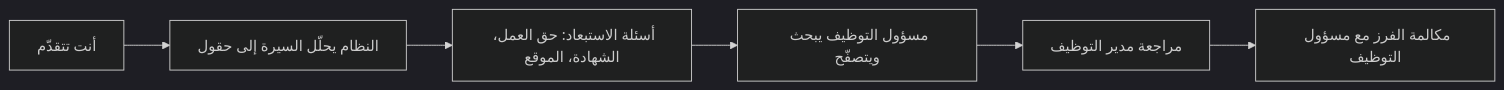
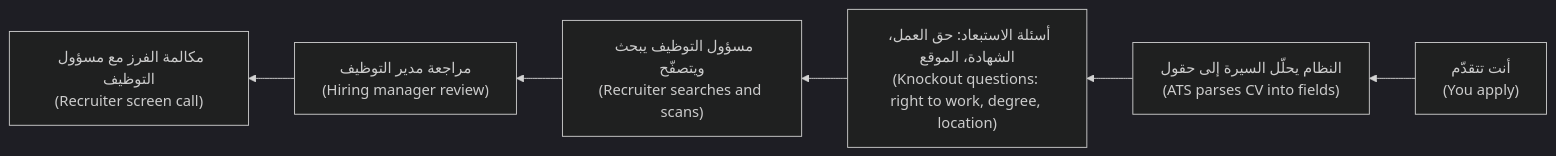
Before and after one commit to Tamoura/system-design-for-vibe-coders: the first of 3 diagrams in career/modules/04-getting-seen.ar.md, drawn with Mermaid (dark theme). The commit also changed other lines of this file and 20 other files, not shown here.

First line of the commit message:
New courses: Arabic diagrams read right-to-left with English labels (modules 0–6)

````diff
--- a/career/modules/04-getting-seen.ar.md
+++ b/career/modules/04-getting-seen.ar.md
@@ -31,8 +31,8 @@
 ```mermaid
-flowchart LR
-  A["أنت تتقدّم"] --> B["النظام يحلّل السيرة إلى حقول"]
-  B --> C["أسئلة الاستبعاد: حق العمل، الشهادة، الموقع"]
-  C --> D["مسؤول التوظيف يبحث ويتصفّح"]
-  D --> E["مراجعة مدير التوظيف"]
-  E --> F["مكالمة الفرز مع مسؤول التوظيف"]
+flowchart RL
+  A["أنت تتقدّم<br/>(You apply)"] --> B["النظام يحلّل السيرة إلى حقول<br/>(ATS parses CV into fields)"]
+  B --> C["أسئلة الاستبعاد: حق العمل، الشهادة، الموقع<br/>(Knockout questions: right to work, degree, location)"]
+  C --> D["مسؤول التوظيف يبحث ويتصفّح<br/>(Recruiter searches and scans)"]
+  D --> E["مراجعة مدير التوظيف<br/>(Hiring manager review)"]
+  E --> F["مكالمة الفرز مع مسؤول التوظيف<br/>(Recruiter screen call)"]
 ```
````
